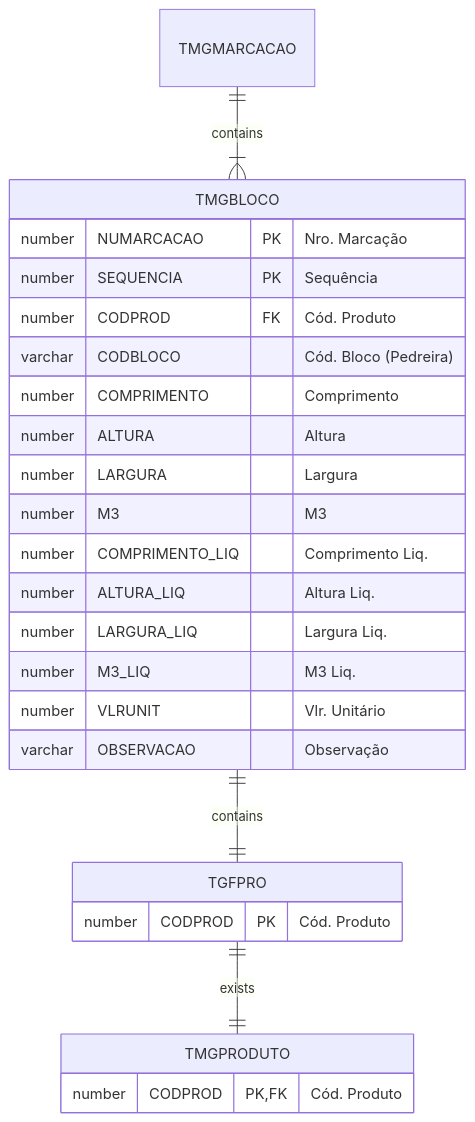
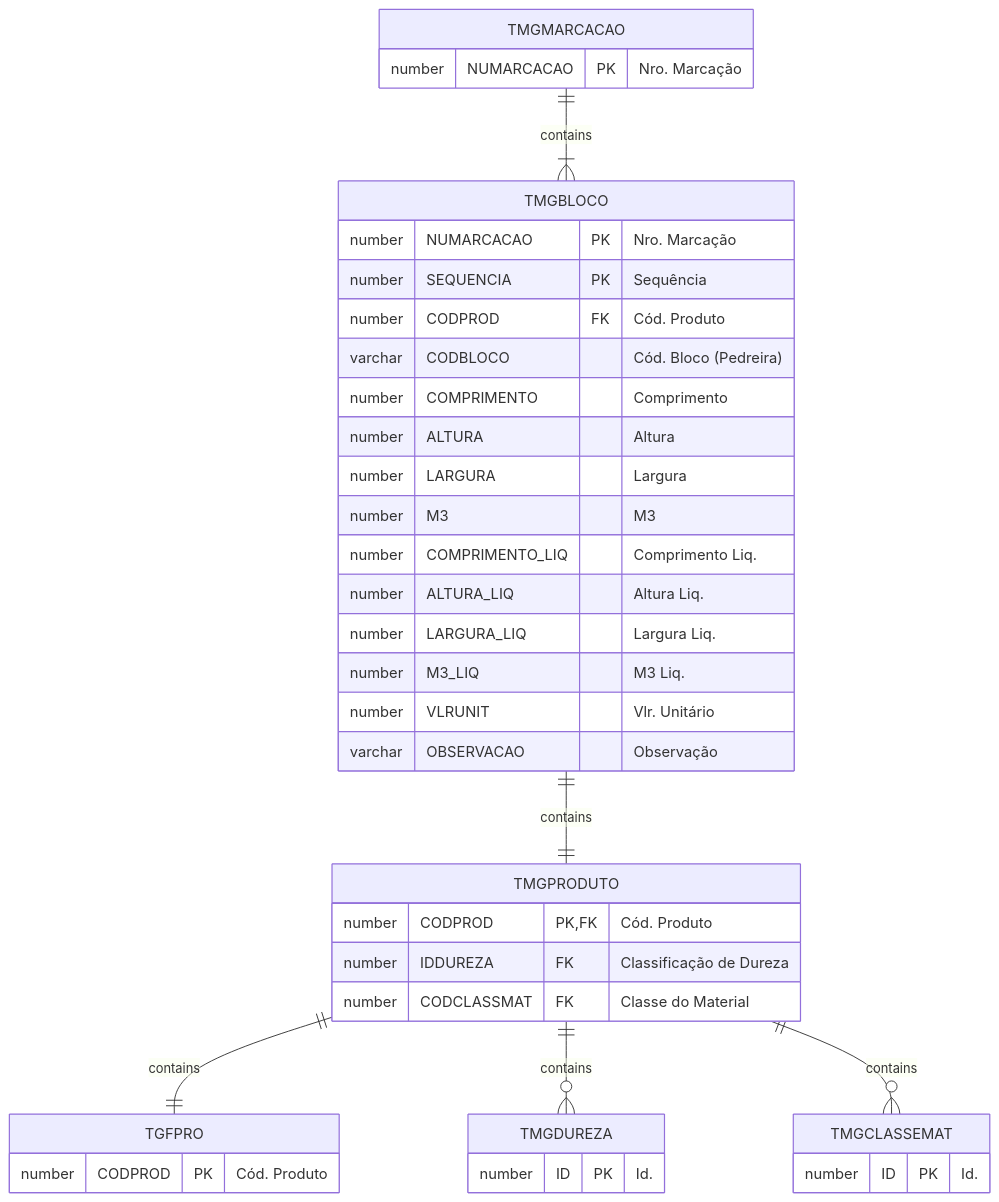
The diagram in docs/_database/TMGBLOCO.md (cbmsoft/margrandocs), drawn with Mermaid before and after one commit. The commit also changed other lines of this file and 11 other files, not shown here.

````diff
--- a/docs/_database/TMGBLOCO.md
+++ b/docs/_database/TMGBLOCO.md
@@ -27,29 +37,42 @@
 ```mermaid
 erDiagram
     TMGMARCACAO ||--|{ TMGBLOCO : contains
-    TMGBLOCO ||--|| TGFPRO : contains
-    TGFPRO ||--|| TMGPRODUTO : exists
+    TMGBLOCO ||--|| TMGPRODUTO : contains
+    TMGPRODUTO ||--|| TGFPRO : contains
+    TMGPRODUTO ||--o{ TMGDUREZA : contains
+    TMGPRODUTO ||--o{ TMGCLASSEMAT : contains
 
+    TMGMARCACAO {
+        number NUMARCACAO PK "Nro. Marcação"
+    }
     TMGBLOCO {
         number NUMARCACAO PK "Nro. Marcação"
         number SEQUENCIA PK "Sequência"
         number CODPROD FK "Cód. Produto"
         varchar CODBLOCO "Cód. Bloco (Pedreira)"
         number COMPRIMENTO "Comprimento"
         number ALTURA "Altura"
         number LARGURA "Largura"
         number M3 "M3"
         number COMPRIMENTO_LIQ "Comprimento Liq."
         number ALTURA_LIQ "Altura Liq."
         number LARGURA_LIQ "Largura Liq."
         number M3_LIQ "M3 Liq."
         number VLRUNIT "Vlr. Unitário"
         varchar OBSERVACAO "Observação"
     }
     TMGPRODUTO {
         number CODPROD PK,FK "Cód. Produto"
+        number IDDUREZA FK "Classificação de Dureza"
+        number CODCLASSMAT FK "Classe do Material"
     }
     TGFPRO {
         number CODPROD PK "Cód. Produto"
     }
+    TMGDUREZA {
+        number ID PK "Id."
+    }
+    TMGCLASSEMAT {
+        number ID PK "Id."
+    }
 ```
````
